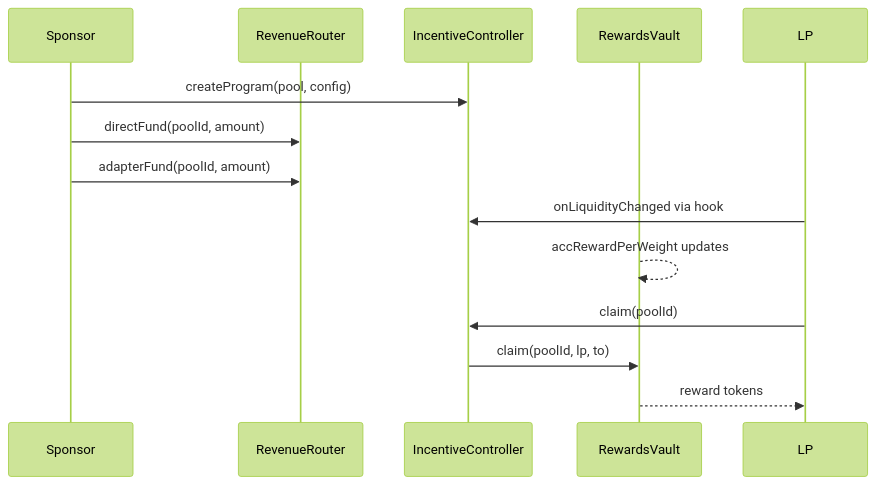
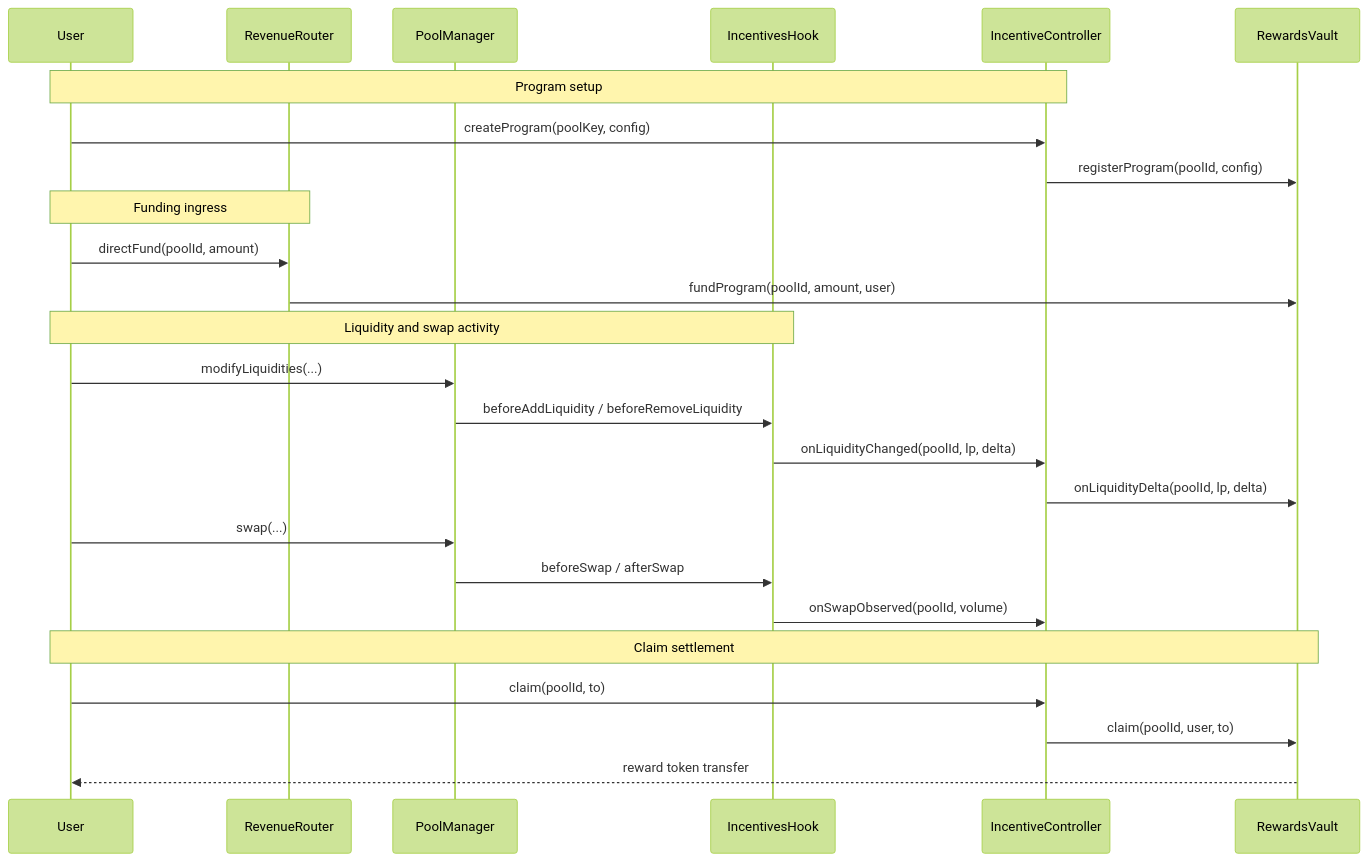
One commit to blue-benz/ERD-Hook changed the third of 3 diagrams in README.md. Above: the diagram before and after it, drawn with Mermaid (forest theme). The commit also changed other lines of this file and 1 other file, not shown here.

````diff
--- a/README.md
+++ b/README.md
@@ -126,17 +116,31 @@
 ```mermaid
 sequenceDiagram
-  participant Sponsor
+  participant User
   participant Router as RevenueRouter
-  participant Controller as IncentiveController
+  participant PM as PoolManager
+  participant Hook as IncentivesHook
+  participant Ctrl as IncentiveController
   participant Vault as RewardsVault
-  participant LP
 
-  Sponsor->>Controller: createProgram(pool, config)
-  Sponsor->>Router: directFund(poolId, amount)
-  Sponsor->>Router: adapterFund(poolId, amount)
-  LP->>Controller: onLiquidityChanged via hook
-  Vault-->>Vault: accRewardPerWeight updates
-  LP->>Controller: claim(poolId)
-  Controller->>Vault: claim(poolId, lp, to)
-  Vault-->>LP: reward tokens
+  Note over User,Ctrl: Program setup
+  User->>Ctrl: createProgram(poolKey, config)
+  Ctrl->>Vault: registerProgram(poolId, config)
+
+  Note over User,Router: Funding ingress
+  User->>Router: directFund(poolId, amount)
+  Router->>Vault: fundProgram(poolId, amount, user)
+
+  Note over User,Hook: Liquidity and swap activity
+  User->>PM: modifyLiquidities(...)
+  PM->>Hook: beforeAddLiquidity / beforeRemoveLiquidity
+  Hook->>Ctrl: onLiquidityChanged(poolId, lp, delta)
+  Ctrl->>Vault: onLiquidityDelta(poolId, lp, delta)
+  User->>PM: swap(...)
+  PM->>Hook: beforeSwap / afterSwap
+  Hook->>Ctrl: onSwapObserved(poolId, volume)
+
+  Note over User,Vault: Claim settlement
+  User->>Ctrl: claim(poolId, to)
+  Ctrl->>Vault: claim(poolId, user, to)
+  Vault-->>User: reward token transfer
 ```
````
